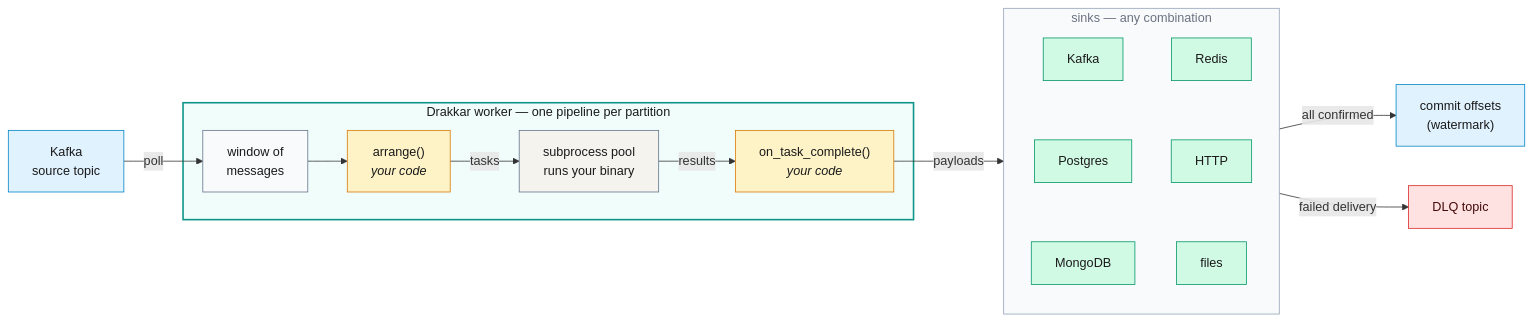
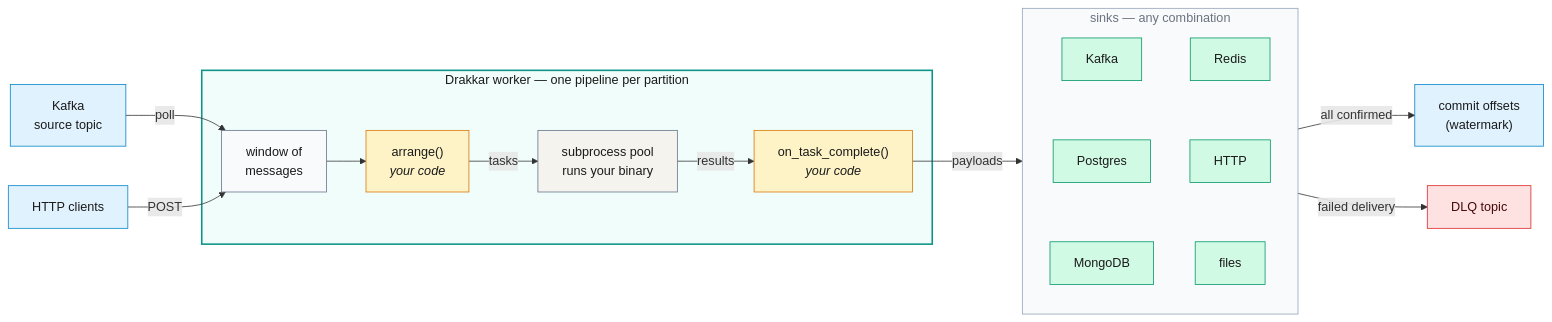
Before and after one commit to wlame/drakkar: the first of 2 diagrams in docs/index.md, drawn with Mermaid. The commit also changed other lines of this file and 126 other files, not shown here.

````diff
--- a/docs/index.md
+++ b/docs/index.md
@@ -19,35 +19,37 @@
 ```mermaid
 flowchart LR
     K["Kafka\nsource topic"] -- "poll" --> W
+    H["HTTP clients"] -- "POST" --> W
 
     subgraph worker ["Drakkar worker — one pipeline per partition"]
         W["window of\nmessages"] --> A["arrange()\n<i>your code</i>"]
         A -- "tasks" --> P["subprocess pool\nruns your binary"]
         P -- "results" --> T["on_task_complete()\n<i>your code</i>"]
     end
 
     T -- "payloads" --> sinks
     subgraph sinks ["sinks — any combination"]
         direction TB
         SK["Kafka"] ~~~ SP["Postgres"] ~~~ SM["MongoDB"]
         SR["Redis"] ~~~ SH["HTTP"] ~~~ SF["files"]
     end
     sinks -- "all confirmed" --> CO["commit offsets\n(watermark)"]
     sinks -- "failed delivery" --> DLQ["DLQ topic"]
 
     style worker fill:#f0fdfa,stroke:#0d9488,stroke-width:2px,color:#1a1a1a
     style sinks fill:#f8fafc,stroke:#94a3b8,stroke-width:1px,color:#6b7280
     style K fill:#e0f2fe,stroke:#0284c7,color:#1a1a1a
+    style H fill:#e0f2fe,stroke:#0284c7,color:#1a1a1a
     style W fill:#f8fafc,stroke:#64748b,color:#1a1a1a
     style A fill:#fef3c7,stroke:#d97706,color:#1a1a1a
     style P fill:#f5f3ee,stroke:#64748b,color:#1a1a1a
     style T fill:#fef3c7,stroke:#d97706,color:#1a1a1a
     style CO fill:#e0f2fe,stroke:#0284c7,color:#1a1a1a
     style DLQ fill:#fee2e2,stroke:#dc2626,color:#450a0a
     style SK fill:#d1fae5,stroke:#059669,color:#1a1a1a
     style SP fill:#d1fae5,stroke:#059669,color:#1a1a1a
     style SM fill:#d1fae5,stroke:#059669,color:#1a1a1a
     style SR fill:#d1fae5,stroke:#059669,color:#1a1a1a
     style SH fill:#d1fae5,stroke:#059669,color:#1a1a1a
     style SF fill:#d1fae5,stroke:#059669,color:#1a1a1a
 ```
````
